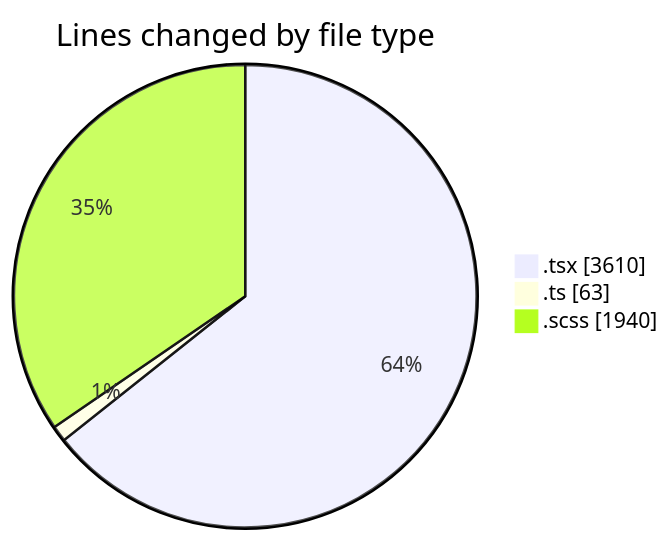
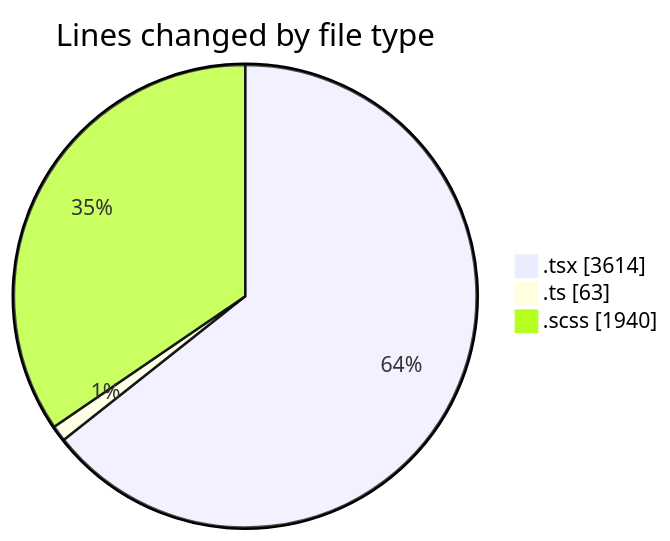
One commit to momahboobian/code-tracking changed the first of 2 diagrams in 2025-04-02/cda/README.md. Above: the diagram before and after it, drawn with Mermaid. The commit also changed other lines of this file and 1 other file, not shown here.

````diff
--- a/2025-04-02/cda/README.md
+++ b/2025-04-02/cda/README.md
@@ -30,7 +30,7 @@
 ```mermaid
 pie showData
 title Lines changed by file type
-".tsx" : 3610
+".tsx" : 3614
 ".ts" : 63
 ".scss" : 1940
 ```
````
